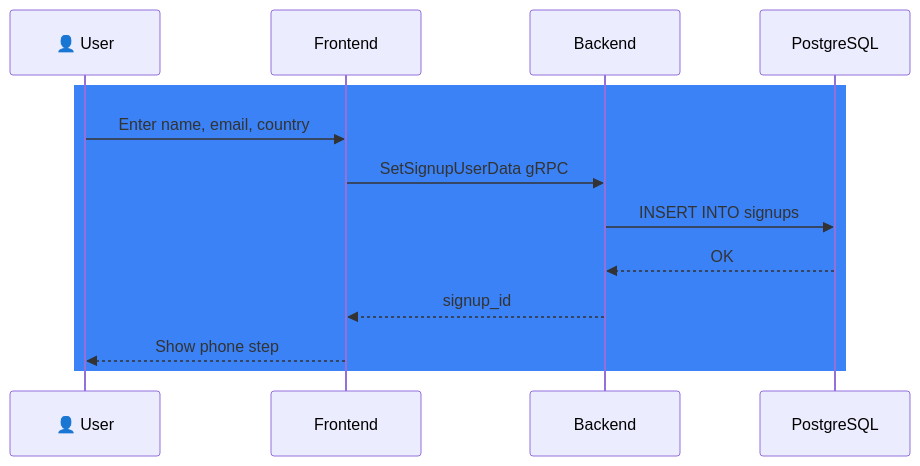
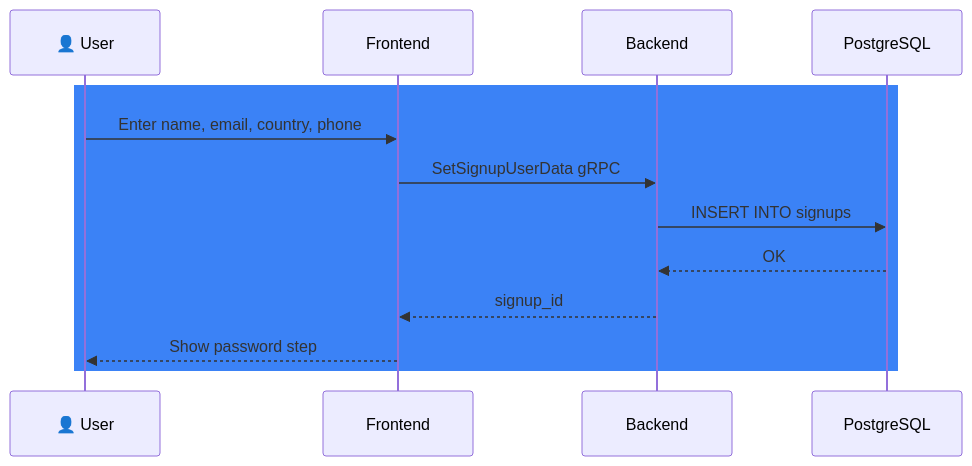
Before and after one commit to interledger/interledger-app: the first of 6 diagrams in documentation/docs/signup-guide.md, drawn with Mermaid. The commit also changed other lines of this file and 62 other files, not shown here.

First line of the commit message:
feat: signup flow update with OTP phone validation (#472)

````diff
--- a/documentation/docs/signup-guide.md
+++ b/documentation/docs/signup-guide.md
@@ -41,16 +40,16 @@
 ```mermaid
 sequenceDiagram
     participant U as 👤 User
     participant FE as Frontend
     participant BE as Backend
     participant DB as PostgreSQL
 
     rect rgb(59, 130, 246)
-    U->>FE: Enter name, email, country
+    U->>FE: Enter name, email, country, phone
     FE->>BE: SetSignupUserData gRPC
     BE->>DB: INSERT INTO signups
     DB-->>BE: OK
     BE-->>FE: signup_id
-    FE-->>U: Show phone step
+    FE-->>U: Show password step
     end
 ```
````
